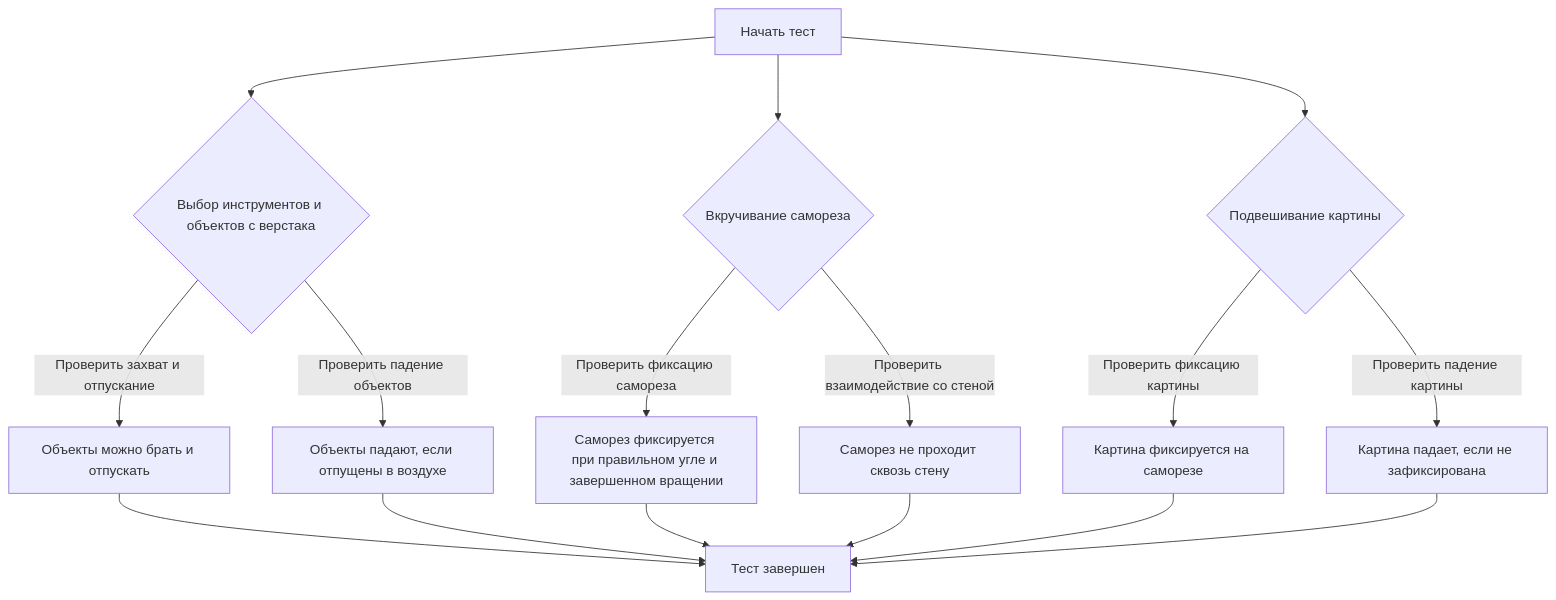
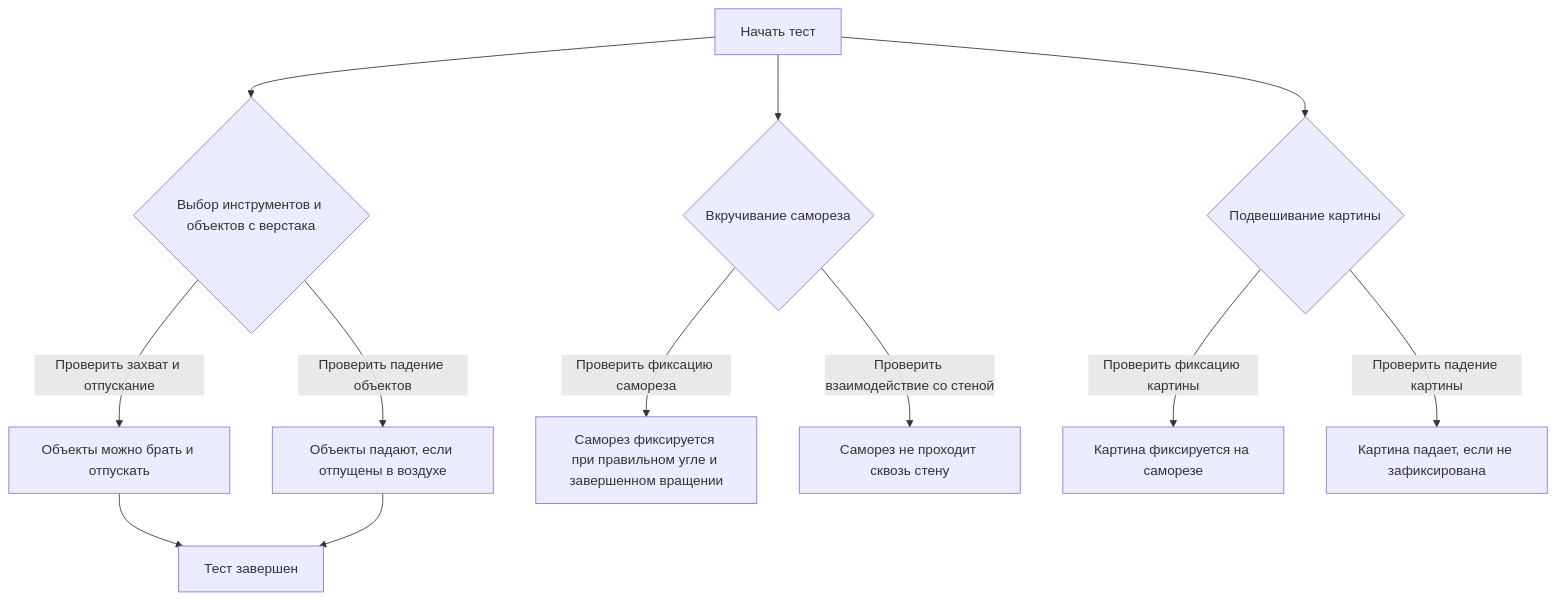
Before and after one commit to NerdyCep/iodraw-files: the diagram in all/не называться-1.md, drawn with Mermaid.

Commit message:
2025-02-25 18:37:56 update

````diff
--- a/all/не называться-1.md
+++ b/all/не называться-1.md
@@ -1,21 +1,18 @@
 ```mermaid
 graph TD
     A[Начать тест] --> B{Выбор инструментов и объектов с верстака}
     B -->|Проверить захват и отпускание| C[Объекты можно брать и отпускать]
     B -->|Проверить падение объектов| D[Объекты падают, если отпущены в воздухе]
 
     A --> E{Вкручивание самореза}
     E -->|Проверить фиксацию самореза| F[Саморез фиксируется при правильном угле и завершенном вращении]
     E -->|Проверить взаимодействие со стеной| G[Саморез не проходит сквозь стену]
 
     A --> H{Подвешивание картины}
     H -->|Проверить фиксацию картины| I[Картина фиксируется на саморезе]
     H -->|Проверить падение картины| J[Картина падает, если не зафиксирована]
 
     C --> K[Тест завершен]
     D --> K
-    F --> K
-    G --> K
-    I --> K
-    J --> K
+   
 ```
````
